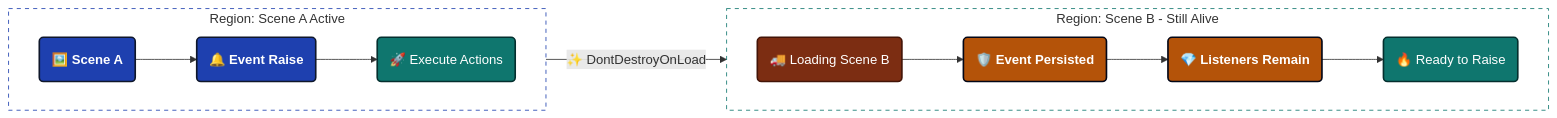
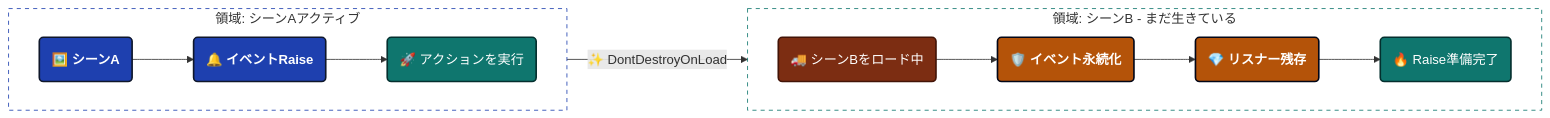
Before and after one commit to tinygiants-tech/TinyGiants: the fifth of 5 diagrams in i18n/ja/docusaurus-plugin-content-docs/current/game-event-system/visual-workflow/game-event-behavior.md, drawn with Mermaid. The commit also changed other lines of this file and 81 other files, not shown here.

````diff
--- a/i18n/ja/docusaurus-plugin-content-docs/current/game-event-system/visual-workflow/game-event-behavior.md
+++ b/i18n/ja/docusaurus-plugin-content-docs/current/game-event-system/visual-workflow/game-event-behavior.md
@@ -420,26 +413,26 @@
 ```mermaid
 graph LR
 
     classDef sceneA fill:#1e40af,stroke:#0f172a,stroke-width:2px,color:#ffffff,font-weight:bold
     classDef action fill:#0f766e,stroke:#042f2e,stroke-width:2px,color:#ffffff
     classDef transition fill:#7c2d12,stroke:#431407,stroke-width:2px,color:#ffffff
     classDef persistence fill:#b45309,stroke:#020617,stroke-width:2px,color:#ffffff,font-weight:bold
     classDef success fill:#0f766e,stroke:#042f2e,stroke-width:2px,color:#ffffff
 
-    subgraph Scene_A [Region: Scene A Active]
+    subgraph Scene_A [領域: シーンAアクティブ]
         direction LR
-        A(🖼️ Scene A):::sceneA --> B(🔔 Event Raise):::sceneA
-        B --> C(🚀 Execute Actions):::action
+        A(🖼️ シーンA):::sceneA --> B(🔔 イベントRaise):::sceneA
+        B --> C(🚀 アクションを実行):::action
     end
     style Scene_A fill:none,stroke:#1e40af,stroke-dasharray: 5 5
 
-    C -- "✨ DontDestroyOnLoad" --> D(🚚 Loading Scene B):::transition
+    C -- "✨ DontDestroyOnLoad" --> D(🚚 シーンBをロード中):::transition
 
-    subgraph Scene_B [Region: Scene B - Still Alive]
+    subgraph Scene_B [領域: シーンB - まだ生きている]
         direction LR
-        D --> E(🛡️ Event Persisted):::persistence
-        E --> F(💎 Listeners Remain):::persistence
-        F --> G(🔥 Ready to Raise):::success
+        D --> E(🛡️ イベント永続化):::persistence
+        E --> F(💎 リスナー残存):::persistence
+        F --> G(🔥 Raise準備完了):::success
     end
     style Scene_B fill:none,stroke:#0f766e,stroke-dasharray: 5 5
 ```
````
